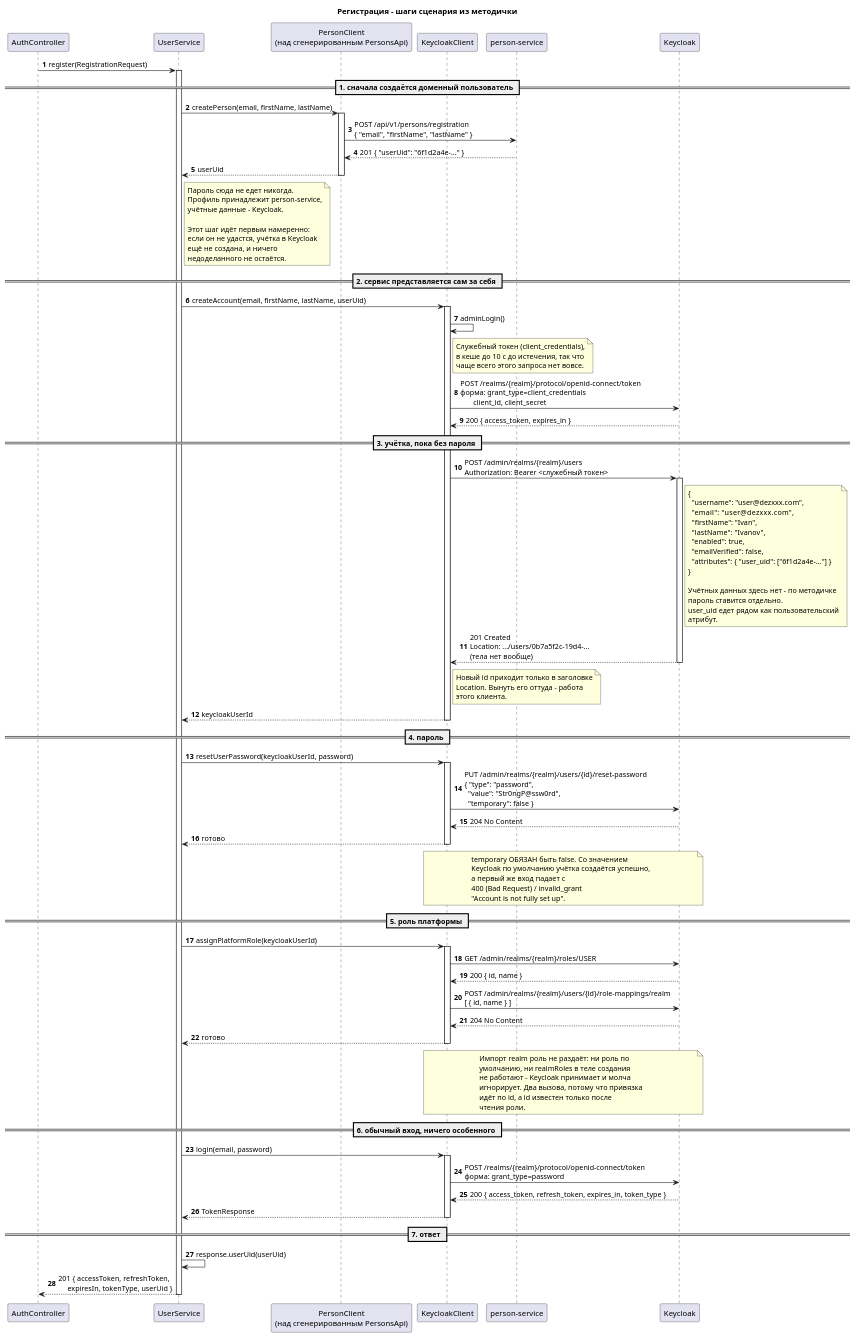
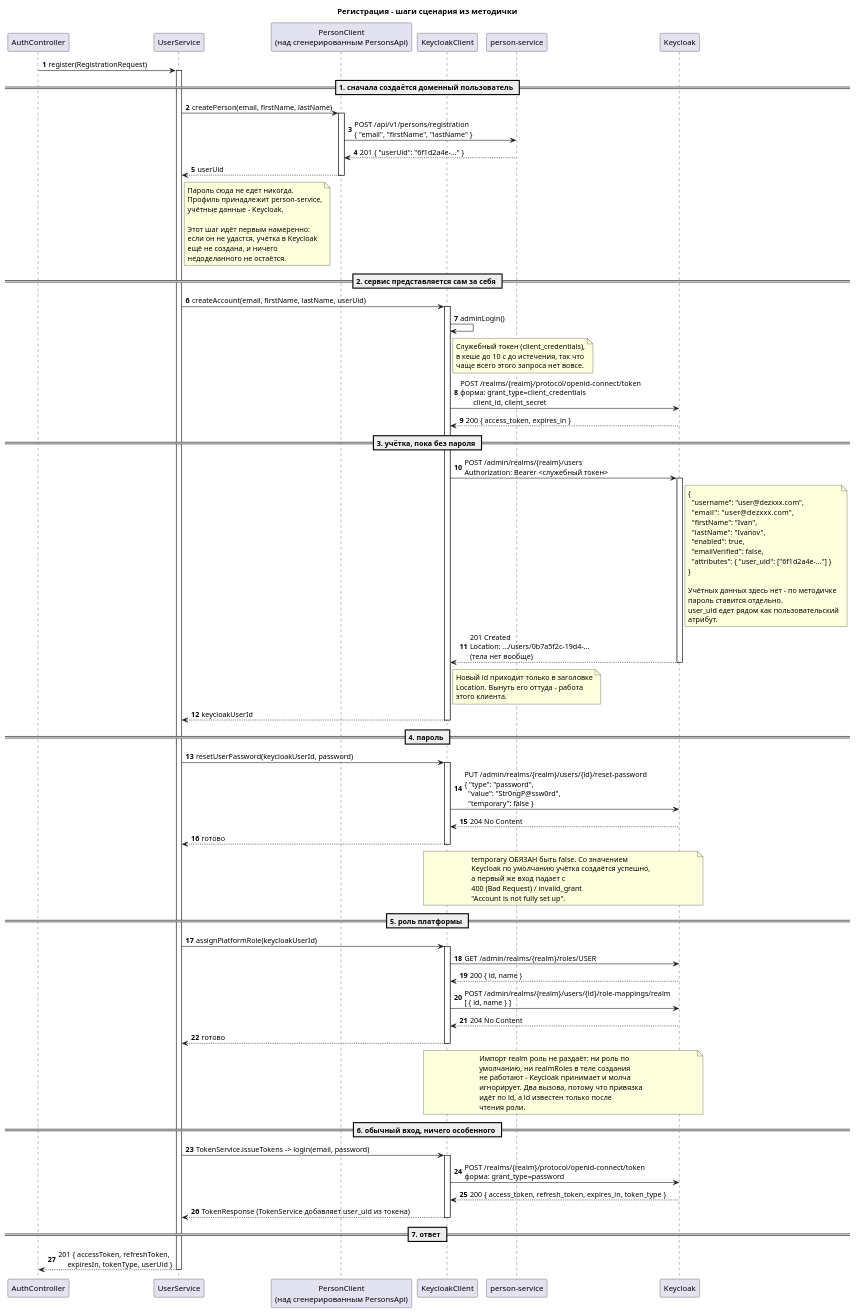
Before and after one commit to dezxxx/payment-platform: the first of 4 diagrams in docs/puml-ru/keycloak-client.puml, drawn with PlantUML. The commit also changed other lines of this file and 21 other files, not shown here.

First line of the commit message:
feat: name every scenario step as a span and issue tokens through TokenService

```diff
--- a/docs/puml-ru/keycloak-client.puml
+++ b/docs/puml-ru/keycloak-client.puml
@@ -1,135 +1,134 @@
 @startuml keycloak-registration
 title Регистрация - шаги сценария из методички
 
 autonumber
 skinparam shadowing false
 
 participant "AuthController" as Ctl
 participant "UserService" as Svc
 participant "PersonClient\n(над сгенерированным PersonsApi)" as Person
 participant "KeycloakClient" as Kcl
 participant "person-service" as Ps
 participant "Keycloak" as Kc
 
 Ctl -> Svc : register(RegistrationRequest)
 activate Svc
 
 == 1. сначала создаётся доменный пользователь ==
 
 Svc -> Person : createPerson(email, firstName, lastName)
 activate Person
 Person -> Ps : POST /api/v1/persons/registration\n{ "email", "firstName", "lastName" }
 Ps --> Person : 201 { "userUid": "6f1d2a4e-..." }
 Person --> Svc : userUid
 deactivate Person
 
 note right of Svc
   Пароль сюда не едет никогда.
   Профиль принадлежит person-service,
   учётные данные - Keycloak.
 
   Этот шаг идёт первым намеренно:
   если он не удастся, учётка в Keycloak
   ещё не создана, и ничего
   недоделанного не остаётся.
 end note
 
 == 2. сервис представляется сам за себя ==
 
 Svc -> Kcl : createAccount(email, firstName, lastName, userUid)
 activate Kcl
 
 Kcl -> Kcl : adminLogin()
 note right of Kcl
   Служебный токен (client_credentials),
   в кеше до 10 с до истечения, так что
   чаще всего этого запроса нет вовсе.
 end note
 Kcl -> Kc : POST /realms/{realm}/protocol/openid-connect/token\nформа: grant_type=client_credentials\n       client_id, client_secret
 Kc --> Kcl : 200 { access_token, expires_in }
 
 == 3. учётка, пока без пароля ==
 
 Kcl -> Kc : POST /admin/realms/{realm}/users\nAuthorization: Bearer <служебный токен>
 activate Kc
 note right of Kc
   {
     "username": "user@dezxxx.com",
     "email":    "user@dezxxx.com",
     "firstName": "Ivan",
     "lastName":  "Ivanov",
     "enabled": true,
     "emailVerified": false,
     "attributes": { "user_uid": ["6f1d2a4e-..."] }
   }
 
   Учётных данных здесь нет - по методичке
   пароль ставится отдельно.
   user_uid едет рядом как пользовательский
   атрибут.
 end note
 Kc --> Kcl : 201 Created\nLocation: .../users/0b7a5f2c-19d4-...\n(тела нет вообще)
 deactivate Kc
 
 note right of Kcl
   Новый id приходит только в заголовке
   Location. Вынуть его оттуда - работа
   этого клиента.
 end note
 
 Kcl --> Svc : keycloakUserId
 deactivate Kcl
 
 == 4. пароль ==
 
 Svc -> Kcl : resetUserPassword(keycloakUserId, password)
 activate Kcl
 Kcl -> Kc : PUT /admin/realms/{realm}/users/{id}/reset-password\n{ "type": "password",\n  "value": "Str0ngP@ssw0rd",\n  "temporary": false }
 Kc --> Kcl : 204 No Content
 Kcl --> Svc : готово
 deactivate Kcl
 
 note over Kcl, Kc
   temporary ОБЯЗАН быть false. Со значением
   Keycloak по умолчанию учётка создаётся успешно,
   а первый же вход падает с
   400 (Bad Request) / invalid_grant
   "Account is not fully set up".
 end note
 
 == 5. роль платформы ==
 
 Svc -> Kcl : assignPlatformRole(keycloakUserId)
 activate Kcl
 Kcl -> Kc : GET /admin/realms/{realm}/roles/USER
 Kc --> Kcl : 200 { id, name }
 Kcl -> Kc : POST /admin/realms/{realm}/users/{id}/role-mappings/realm\n[ { id, name } ]
 Kc --> Kcl : 204 No Content
 Kcl --> Svc : готово
 deactivate Kcl
 
 note over Kcl, Kc
   Импорт realm роль не раздаёт: ни роль по
   умолчанию, ни realmRoles в теле создания
   не работают - Keycloak принимает и молча
   игнорирует. Два вызова, потому что привязка
   идёт по id, а id известен только после
   чтения роли.
 end note
 
 == 6. обычный вход, ничего особенного ==
 
-Svc -> Kcl : login(email, password)
+Svc -> Kcl : TokenService.issueTokens -> login(email, password)
 activate Kcl
 Kcl -> Kc : POST /realms/{realm}/protocol/openid-connect/token\nформа: grant_type=password
 Kc --> Kcl : 200 { access_token, refresh_token, expires_in, token_type }
-Kcl --> Svc : TokenResponse
+Kcl --> Svc : TokenResponse (TokenService добавляет user_uid из токена)
 deactivate Kcl
 
 == 7. ответ ==
 
-Svc -> Svc : response.userUid(userUid)
 Svc --> Ctl : 201 { accessToken, refreshToken,\n     expiresIn, tokenType, userUid }
 deactivate Svc
 
 @enduml
```
